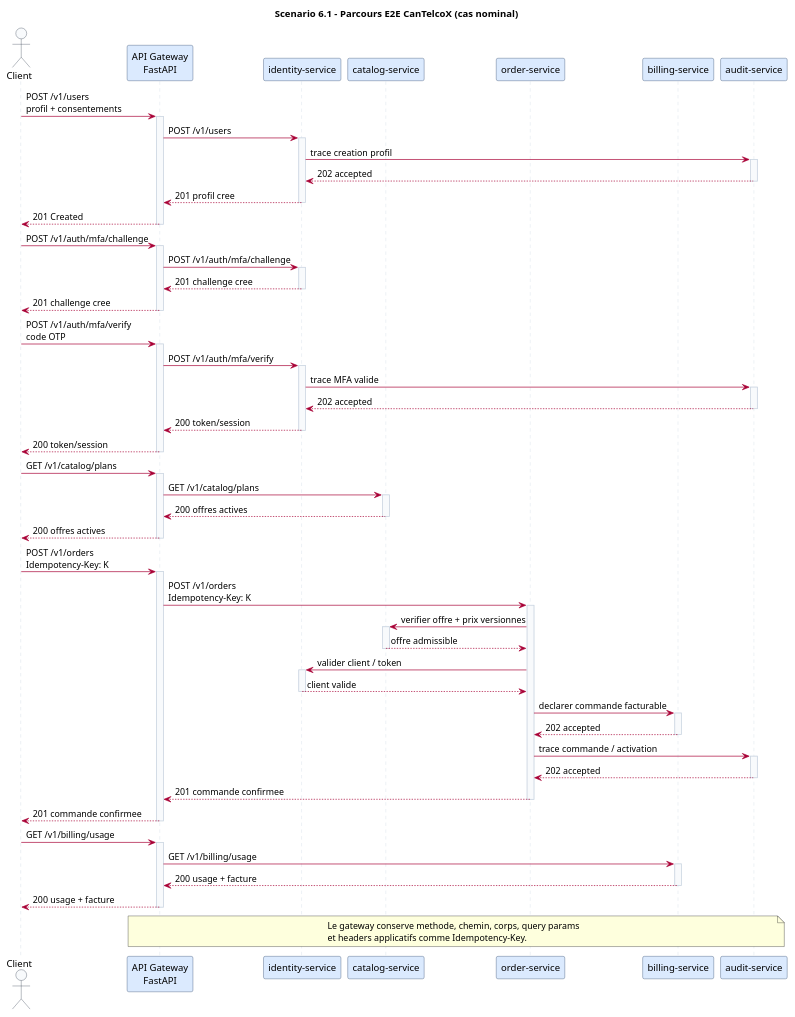
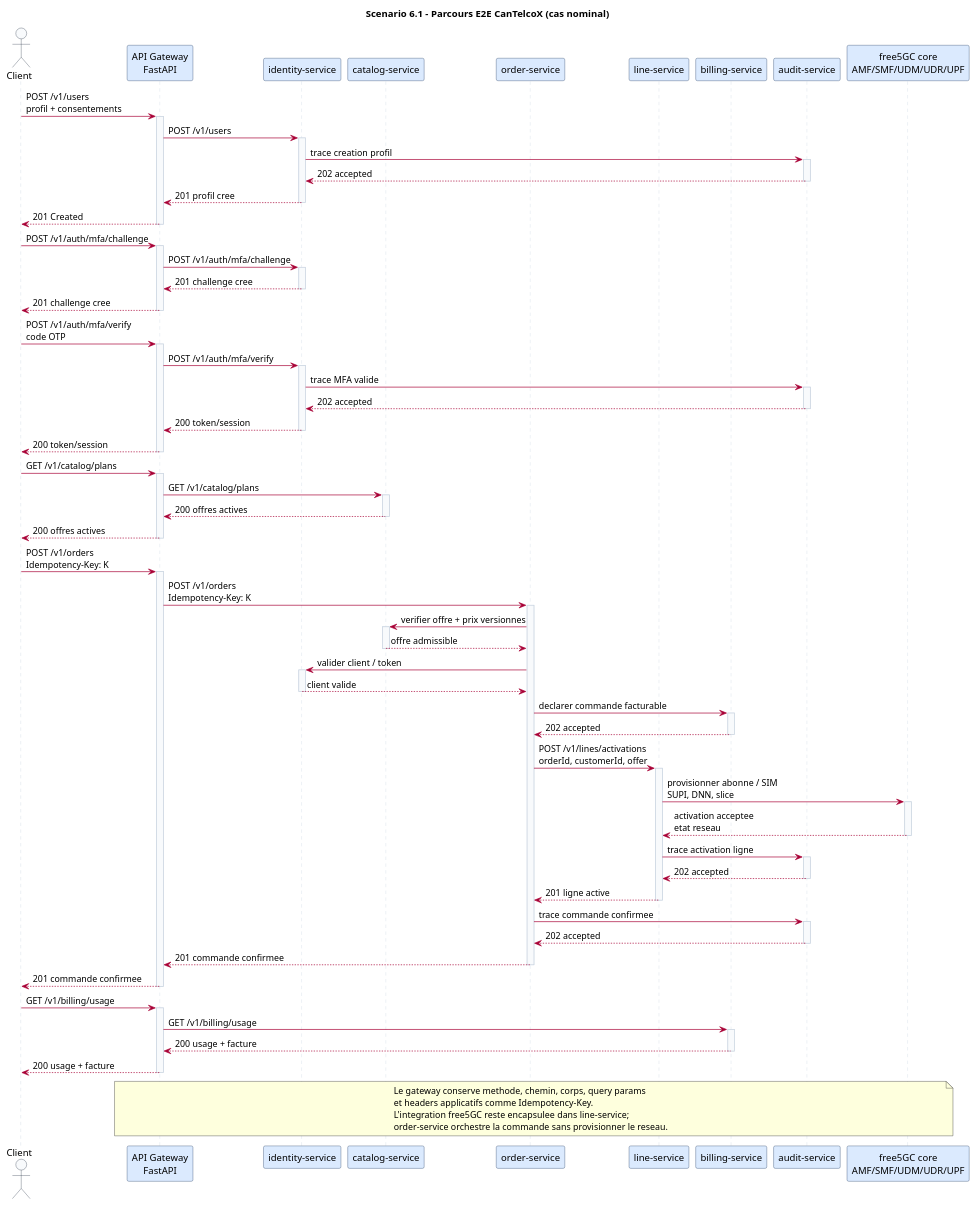
One commit to Amjad-Lekhdar/LOG430-cantelcox-api-gateway changed the diagram in docs/diagrams/plantuml/runtime-e2e-6-1.puml. Above: the diagram before and after it, drawn with PlantUML. The commit also changed 67 other files, not shown here.

First line of the commit message:
Add PlantUML diagram for line-service hexagonal architecture and corresponding SVG

```diff
--- a/docs/diagrams/plantuml/runtime-e2e-6-1.puml
+++ b/docs/diagrams/plantuml/runtime-e2e-6-1.puml
@@ -1,107 +1,123 @@
 @startuml runtime-e2e-6-1
 title Scenario 6.1 - Parcours E2E CanTelcoX (cas nominal)
 
 skinparam shadowing false
 skinparam backgroundColor #FFFFFF
 skinparam defaultFontName Arial
 skinparam sequence {
   ArrowColor #A80036
   LifeLineBorderColor #CBD5E1
   LifeLineBackgroundColor #F8FAFC
   ParticipantBorderColor #1E3A5F
   ParticipantBackgroundColor #DBEAFE
   ActorBorderColor #2F3A4A
   ActorBackgroundColor #F8FAFC
 }
 
 actor Client
 participant "API Gateway\nFastAPI" as Gateway
 participant "identity-service" as Identity
 participant "catalog-service" as Catalog
 participant "order-service" as Orders
+participant "line-service" as Lines
 participant "billing-service" as Billing
 participant "audit-service" as Audit
+participant "free5GC core\nAMF/SMF/UDM/UDR/UPF" as Free5GC
 
 Client -> Gateway : POST /v1/users\nprofil + consentements
 activate Gateway
 Gateway -> Identity : POST /v1/users
 activate Identity
 Identity -> Audit : trace creation profil
 activate Audit
 Audit --> Identity : 202 accepted
 deactivate Audit
 Identity --> Gateway : 201 profil cree
 deactivate Identity
 Gateway --> Client : 201 Created
 deactivate Gateway
 
 Client -> Gateway : POST /v1/auth/mfa/challenge
 activate Gateway
 Gateway -> Identity : POST /v1/auth/mfa/challenge
 activate Identity
 Identity --> Gateway : 201 challenge cree
 deactivate Identity
 Gateway --> Client : 201 challenge cree
 deactivate Gateway
 
 Client -> Gateway : POST /v1/auth/mfa/verify\ncode OTP
 activate Gateway
 Gateway -> Identity : POST /v1/auth/mfa/verify
 activate Identity
 Identity -> Audit : trace MFA valide
 activate Audit
 Audit --> Identity : 202 accepted
 deactivate Audit
 Identity --> Gateway : 200 token/session
 deactivate Identity
 Gateway --> Client : 200 token/session
 deactivate Gateway
 
 Client -> Gateway : GET /v1/catalog/plans
 activate Gateway
 Gateway -> Catalog : GET /v1/catalog/plans
 activate Catalog
 Catalog --> Gateway : 200 offres actives
 deactivate Catalog
 Gateway --> Client : 200 offres actives
 deactivate Gateway
 
 Client -> Gateway : POST /v1/orders\nIdempotency-Key: K
 activate Gateway
 Gateway -> Orders : POST /v1/orders\nIdempotency-Key: K
 activate Orders
 Orders -> Catalog : verifier offre + prix versionnes
 activate Catalog
 Catalog --> Orders : offre admissible
 deactivate Catalog
 Orders -> Identity : valider client / token
 activate Identity
 Identity --> Orders : client valide
 deactivate Identity
 Orders -> Billing : declarer commande facturable
 activate Billing
 Billing --> Orders : 202 accepted
 deactivate Billing
-Orders -> Audit : trace commande / activation
+Orders -> Lines : POST /v1/lines/activations\norderId, customerId, offer
+activate Lines
+Lines -> Free5GC : provisionner abonne / SIM\nSUPI, DNN, slice
+activate Free5GC
+Free5GC --> Lines : activation acceptee\netat reseau
+deactivate Free5GC
+Lines -> Audit : trace activation ligne
+activate Audit
+Audit --> Lines : 202 accepted
+deactivate Audit
+Lines --> Orders : 201 ligne active
+deactivate Lines
+Orders -> Audit : trace commande confirmee
 activate Audit
 Audit --> Orders : 202 accepted
 deactivate Audit
 Orders --> Gateway : 201 commande confirmee
 deactivate Orders
 Gateway --> Client : 201 commande confirmee
 deactivate Gateway
 
 Client -> Gateway : GET /v1/billing/usage
 activate Gateway
 Gateway -> Billing : GET /v1/billing/usage
 activate Billing
 Billing --> Gateway : 200 usage + facture
 deactivate Billing
 Gateway --> Client : 200 usage + facture
 deactivate Gateway
 
-note over Gateway,Audit
+note over Gateway,Free5GC
 Le gateway conserve methode, chemin, corps, query params
 et headers applicatifs comme Idempotency-Key.
+L'integration free5GC reste encapsulee dans line-service;
+order-service orchestre la commande sans provisionner le reseau.
 end note
 @enduml
```
